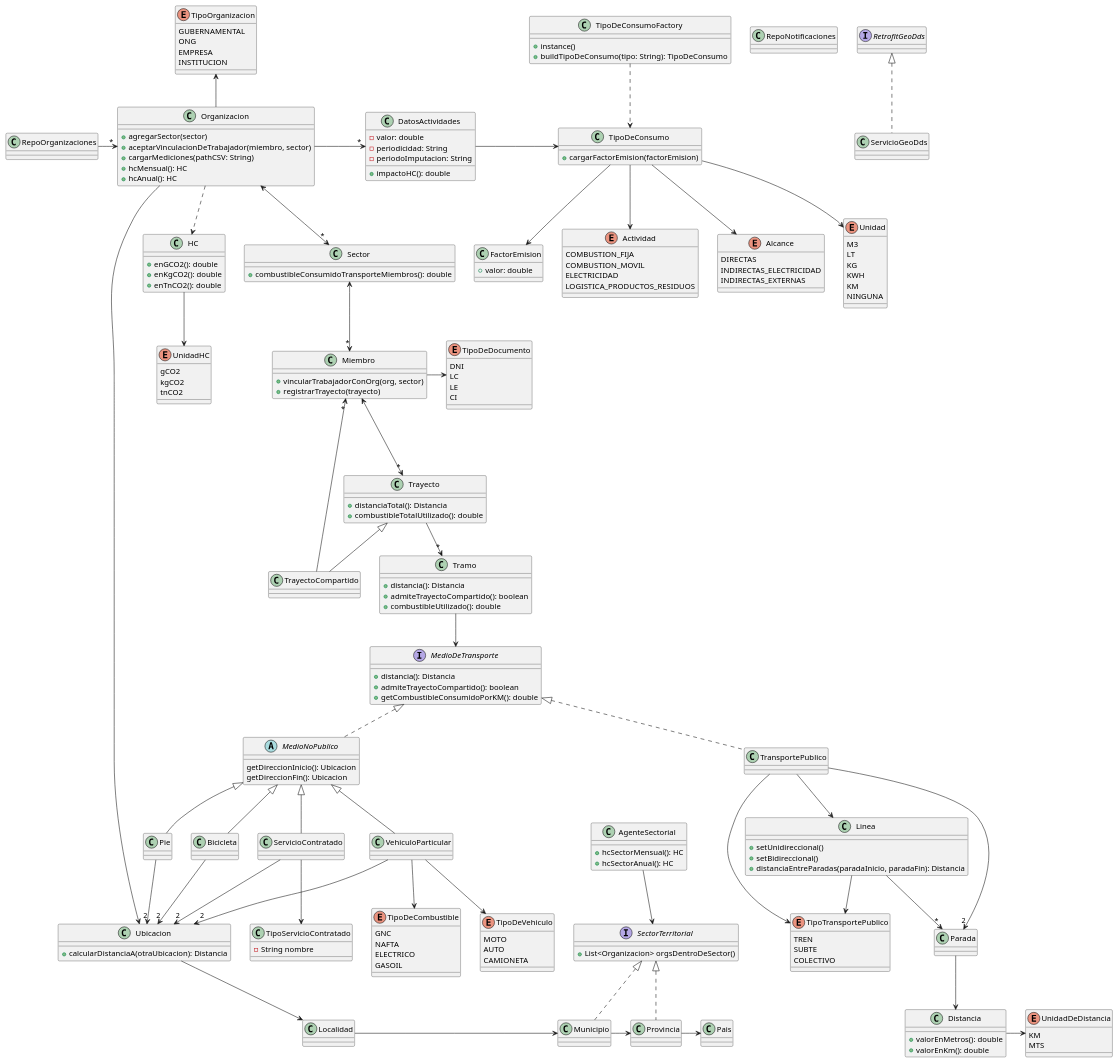
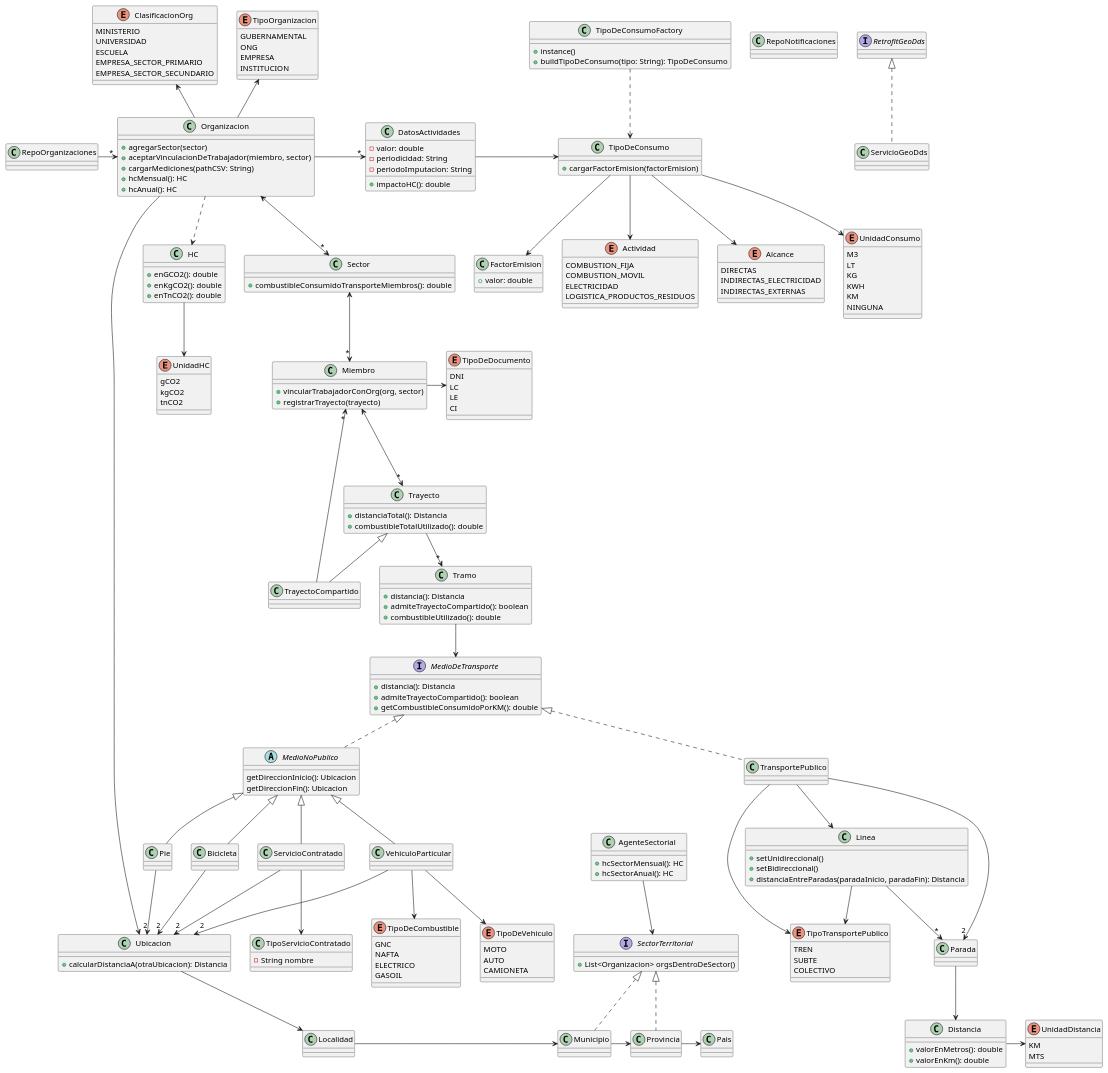
Before and after one commit to julian-salinas/dds-2022: the diagram in nuevo_diagrama.puml, drawn with PlantUML. The commit also changed 74 other files, not shown here.

```diff
--- a/nuevo_diagrama.puml
+++ b/nuevo_diagrama.puml
@@ -12,6 +12,14 @@
   ONG
   EMPRESA 
   INSTITUCION
+}
+
+enum ClasificacionOrg {
+  MINISTERIO
+  UNIVERSIDAD
+  ESCUELA
+  EMPRESA_SECTOR_PRIMARIO
+  EMPRESA_SECTOR_SECUNDARIO
 }
 
 class Organizacion {
@@ -78,7 +86,7 @@
     + valorEnKm(): double 
 }
 
-enum UnidadDeDistancia {
+enum UnidadDistancia {
   KM
   MTS
 }
@@ -176,7 +184,7 @@
   INDIRECTAS_EXTERNAS
 }
 
-enum Unidad {
+enum UnidadConsumo {
   M3
   LT
   KG
@@ -206,6 +214,7 @@
 
 
 RepoOrganizaciones -> "*" Organizacion
+ClasificacionOrg <-- Organizacion
 TipoOrganizacion <-- Organizacion
 Organizacion ---> Ubicacion
 Miembro -> TipoDeDocumento
@@ -216,7 +225,7 @@
 Linea --> "*" Parada
 Linea --> TipoTransportePublico
 Parada --> Distancia
-Distancia -> UnidadDeDistancia
+Distancia -> UnidadDistancia
 
 Pie --> "2" Ubicacion
 Bicicleta --> "2" Ubicacion
@@ -236,7 +245,7 @@
 DatosActividades -> TipoDeConsumo
 TipoDeConsumo --> Actividad
 TipoDeConsumo --> Alcance
-TipoDeConsumo --> Unidad
+TipoDeConsumo --> UnidadConsumo
 TipoDeConsumo --> FactorEmision
 TipoDeConsumoFactory ..> TipoDeConsumo
 
```
